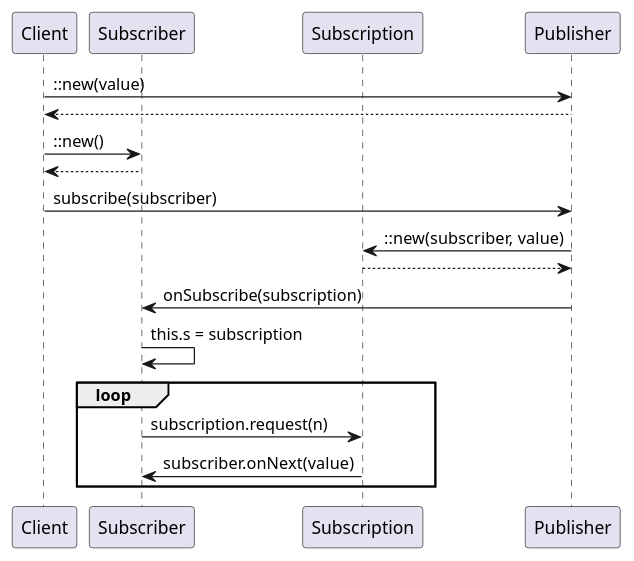
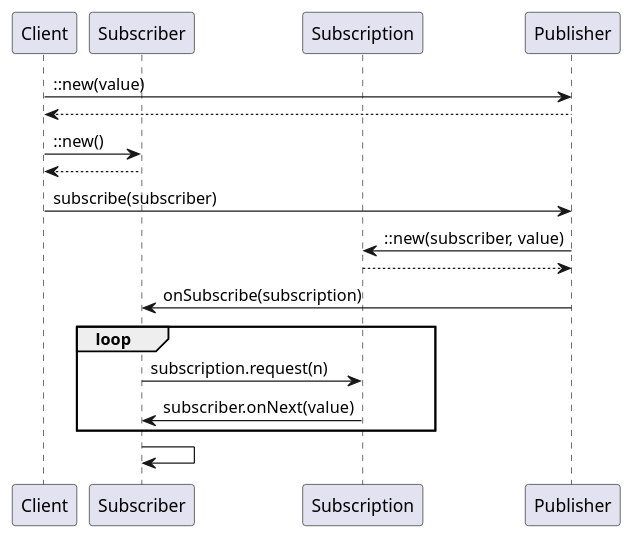
One commit to yanghoon/obsidian-workspace changed the diagram in _diary/2024-06-18.md. Above: the diagram before and after it, drawn with PlantUML.

Commit message:
vault backup: 2024-06-19 00:10:40

````diff
--- a/_diary/2024-06-18.md
+++ b/_diary/2024-06-18.md
@@ -3,27 +3,28 @@
 ```plantuml
 @startuml
 
 participant Client as Client
 participant Subscriber as Sub
 participant Subscription as Subn
 participant Publisher as Pub
 
 Client -> Pub: ::new(value)
 Client <-- Pub
 Client -> Sub: ::new()
 Client <-- Sub
 
 Client -> Pub: subscribe(subscriber)
 Pub -> Subn: ::new(subscriber, value)
 Pub <-- Subn
 Pub -> Sub: onSubscribe(subscription)
 
-Sub -> Sub: this.s = subscription
 group loop
   Sub -> Subn: subscription.request(n)
   Subn -> Sub: subscriber.onNext(value)
 end
 
+Sub -> Sub
+
 
 @enduml
 ```
````
